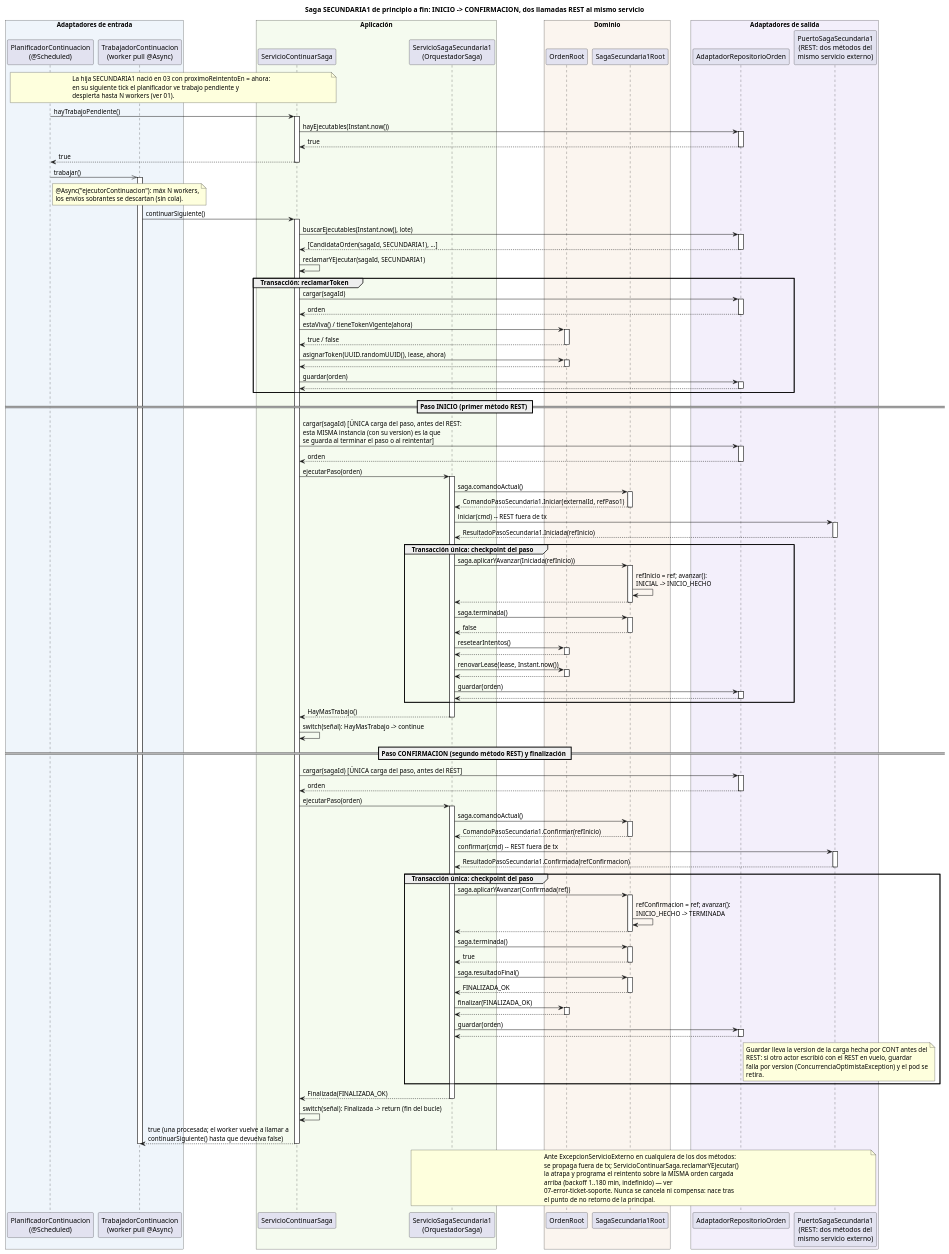
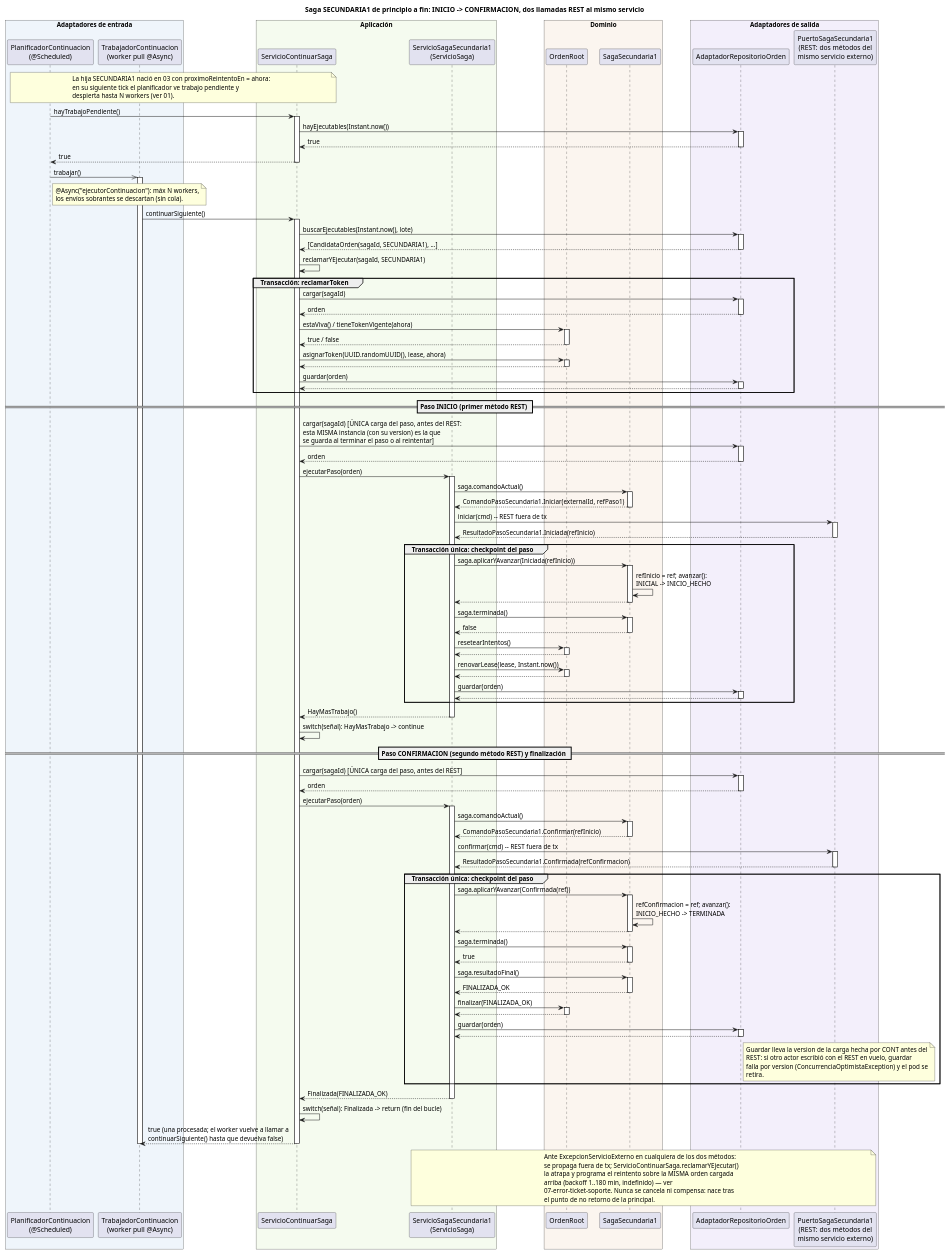
One commit to ralcazar/patrones changed the diagram in order-manager/docs/04-saga-secundaria1.puml. Above: the diagram before and after it, drawn with PlantUML. The commit also changed 74 other files, not shown here.

First line of the commit message:
Renombrar SagaRoot->Saga (entidad) y OrquestadorSaga->ServicioSaga

```diff
--- a/order-manager/docs/04-saga-secundaria1.puml
+++ b/order-manager/docs/04-saga-secundaria1.puml
@@ -1,116 +1,116 @@
 @startuml 04-saga-secundaria1
 title Saga SECUNDARIA1 de principio a fin: INICIO -> CONFIRMACION, dos llamadas REST al mismo servicio
 
 box "Adaptadores de entrada" #EFF5FB
   participant "PlanificadorContinuacion\n(@Scheduled)" as PLAN
   participant "TrabajadorContinuacion\n(worker pull @Async)" as TRAB
 end box
 box "Aplicación" #F5FBEF
   participant "ServicioContinuarSaga" as CONT
-  participant "ServicioSagaSecundaria1\n(OrquestadorSaga)" as ORQ
+  participant "ServicioSagaSecundaria1\n(ServicioSaga)" as ORQ
 end box
 box "Dominio" #FBF5EF
   participant "OrdenRoot" as ORDEN
-  participant "SagaSecundaria1Root" as SAGA
+  participant "SagaSecundaria1" as SAGA
 end box
 box "Adaptadores de salida" #F3EFFB
   participant "AdaptadorRepositorioOrden" as REPO
   participant "PuertoSagaSecundaria1\n(REST: dos métodos del\nmismo servicio externo)" as PSEC
 end box
 
 note over PLAN, CONT
   La hija SECUNDARIA1 nació en 03 con proximoReintentoEn = ahora:
   en su siguiente tick el planificador ve trabajo pendiente y
   despierta hasta N workers (ver 01).
 end note
 
 PLAN -> CONT ++ : hayTrabajoPendiente()
 CONT -> REPO ++ : hayEjecutables(Instant.now())
 return true
 return true
 PLAN ->> TRAB : trabajar()
 activate TRAB
 note right of PLAN
   @Async("ejecutorContinuacion"): máx N workers,
   los envíos sobrantes se descartan (sin cola).
 end note
 TRAB -> CONT ++ : continuarSiguiente()
 CONT -> REPO ++ : buscarEjecutables(Instant.now(), lote)
 return [CandidataOrden(sagaId, SECUNDARIA1), ...]
 CONT -> CONT : reclamarYEjecutar(sagaId, SECUNDARIA1)
 group Transacción: reclamarToken
   CONT -> REPO ++ : cargar(sagaId)
   return orden
   CONT -> ORDEN ++ : estaViva() / tieneTokenVigente(ahora)
   return true / false
   CONT -> ORDEN ++ : asignarToken(UUID.randomUUID(), lease, ahora)
   return
   CONT -> REPO ++ : guardar(orden)
   return
 end
 
 == Paso INICIO (primer método REST) ==
 CONT -> REPO ++ : cargar(sagaId)  [ÚNICA carga del paso, antes del REST:\nesta MISMA instancia (con su version) es la que\nse guarda al terminar el paso o al reintentar]
 return orden
 CONT -> ORQ ++ : ejecutarPaso(orden)
 ORQ -> SAGA ++ : saga.comandoActual()
 return ComandoPasoSecundaria1.Iniciar(externalId, refPaso1)
 ORQ -> PSEC ++ : iniciar(cmd) -- REST fuera de tx
 return ResultadoPasoSecundaria1.Iniciada(refInicio)
 group Transacción única: checkpoint del paso
   ORQ -> SAGA ++ : saga.aplicarYAvanzar(Iniciada(refInicio))
   SAGA -> SAGA : refInicio = ref; avanzar():\nINICIAL -> INICIO_HECHO
   return
   ORQ -> SAGA ++ : saga.terminada()
   return false
   ORQ -> ORDEN ++ : resetearIntentos()
   return
   ORQ -> ORDEN ++ : renovarLease(lease, Instant.now())
   return
   ORQ -> REPO ++ : guardar(orden)
   return
 end
 return HayMasTrabajo()
 CONT -> CONT : switch(señal): HayMasTrabajo -> continue
 
 == Paso CONFIRMACION (segundo método REST) y finalización ==
 CONT -> REPO ++ : cargar(sagaId)  [ÚNICA carga del paso, antes del REST]
 return orden
 CONT -> ORQ ++ : ejecutarPaso(orden)
 ORQ -> SAGA ++ : saga.comandoActual()
 return ComandoPasoSecundaria1.Confirmar(refInicio)
 ORQ -> PSEC ++ : confirmar(cmd) -- REST fuera de tx
 return ResultadoPasoSecundaria1.Confirmada(refConfirmacion)
 group Transacción única: checkpoint del paso
   ORQ -> SAGA ++ : saga.aplicarYAvanzar(Confirmada(ref))
   SAGA -> SAGA : refConfirmacion = ref; avanzar():\nINICIO_HECHO -> TERMINADA
   return
   ORQ -> SAGA ++ : saga.terminada()
   return true
   ORQ -> SAGA ++ : saga.resultadoFinal()
   return FINALIZADA_OK
   ORQ -> ORDEN ++ : finalizar(FINALIZADA_OK)
   return
   ORQ -> REPO ++ : guardar(orden)
   return
   note right of REPO
     Guardar lleva la version de la carga hecha por CONT antes del
     REST: si otro actor escribió con el REST en vuelo, guardar
     falla por version (ConcurrenciaOptimistaException) y el pod se
     retira.
   end note
 end
 return Finalizada(FINALIZADA_OK)
 CONT -> CONT : switch(señal): Finalizada -> return (fin del bucle)
 return true (una procesada; el worker vuelve a llamar a\ncontinuarSiguiente() hasta que devuelva false)
 deactivate TRAB
 
 note over ORQ, PSEC
   Ante ExcepcionServicioExterno en cualquiera de los dos métodos:
   se propaga fuera de tx; ServicioContinuarSaga.reclamarYEjecutar()
   la atrapa y programa el reintento sobre la MISMA orden cargada
   arriba (backoff 1..180 min, indefinido) — ver
   07-error-ticket-soporte. Nunca se cancela ni compensa: nace tras
   el punto de no retorno de la principal.
 end note
 @enduml
```
